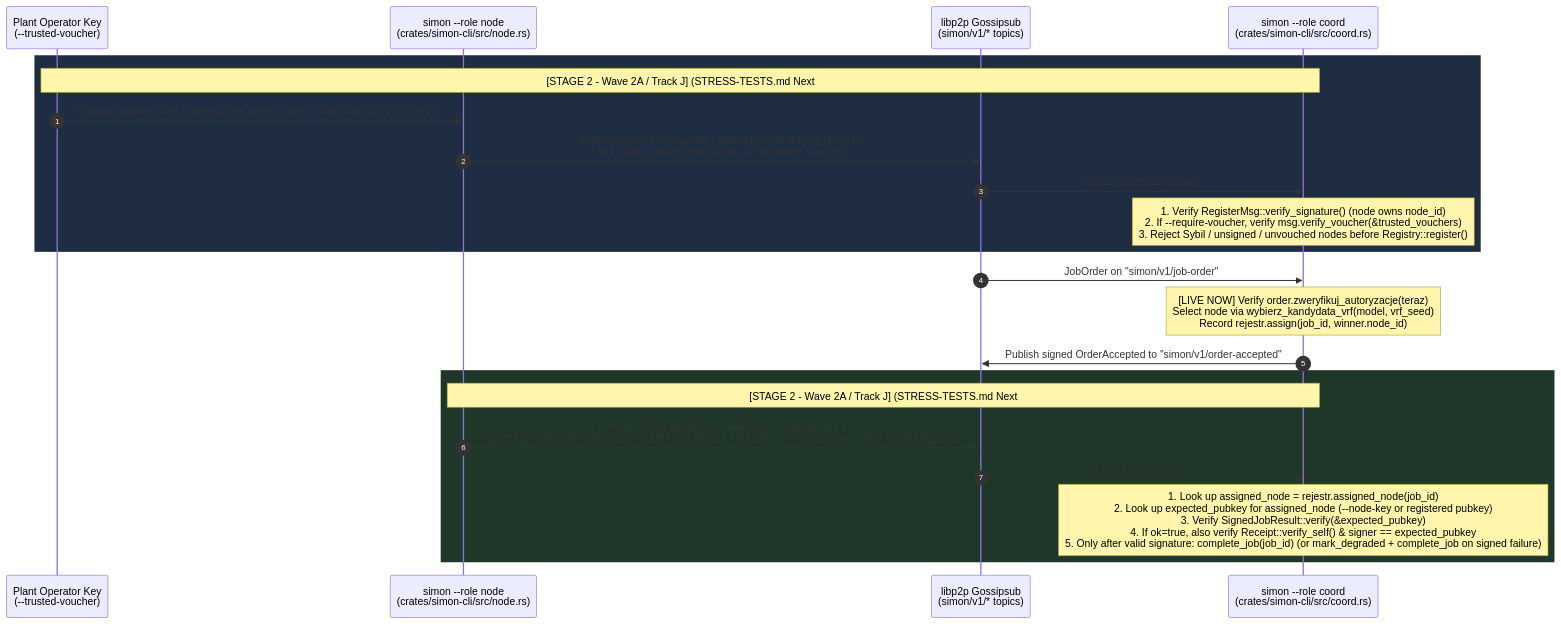
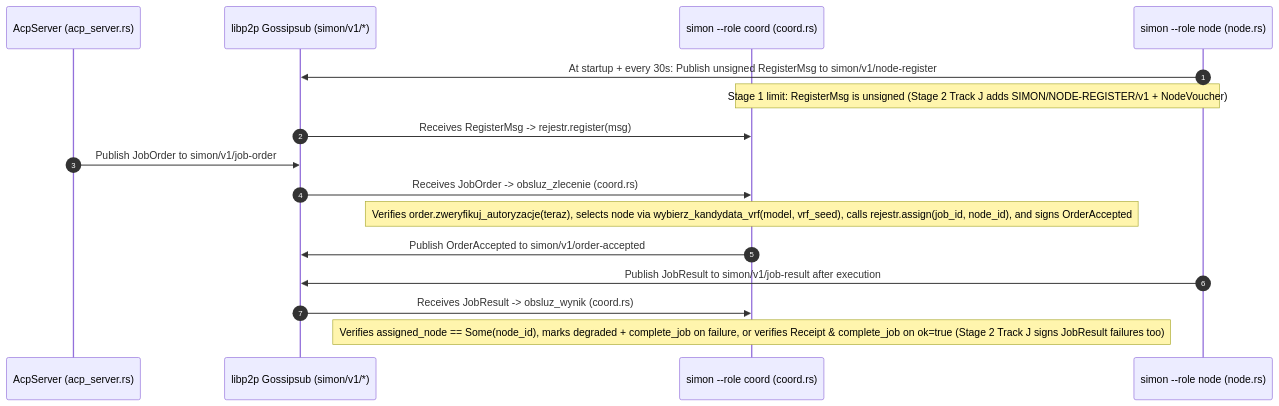
One commit to filipzarzynski/SIMPN_ARGON_HANDOWER changed the third of 5 diagrams in 01_ARCHITECTURE_AND_DATA_FLOWS.md. Above: the diagram before and after it, drawn with Mermaid. The commit also changed other lines of this file and 4 other files, not shown here.

Commit message:
docs(arch): restore concise Mermaid-heavy 01_ARCHITECTURE_AND_DATA_FLOWS.md (10/10 mermaid.parse verified) and split team sync wave brief into 08_TEAM_SYNC_ARCHITECTURE_AND_WAVE_BRIEF.md

````diff
--- a/01_ARCHITECTURE_AND_DATA_FLOWS.md
+++ b/01_ARCHITECTURE_AND_DATA_FLOWS.md
@@ -126,27 +87,19 @@
 ```mermaid
 sequenceDiagram
     autonumber
-    participant Op as Plant Operator Key<br/>(--trusted-voucher)
-    participant Node as simon --role node<br/>(crates/simon-cli/src/node.rs)
-    participant Gossip as libp2p Gossipsub<br/>(simon/v1/* topics)
-    participant Coord as simon --role coord<br/>(crates/simon-cli/src/coord.rs)
+    participant ACP as AcpServer (acp_server.rs)
+    participant Gossip as libp2p Gossipsub (simon/v1/*)
+    participant Coord as simon --role coord (coord.rs)
+    participant Node as simon --role node (node.rs)
 
-    rect rgb(30, 45, 65)
-        Note over Op,Coord: [STAGE 2 - Wave 2A / Track J] (STRESS-TESTS.md Next #3 — Signed Registration & Vouching)
-        Op->>Node: Optional offline/config NodeVoucher signed under "SIMON/NODE-VOUCH/v1"
-        Node->>Gossip: Publish signed RegisterMsg ("SIMON/NODE-REGISTER/v1")<br/>with node_pubkey, timestamp_us, signature, voucher
-        Gossip->>Coord: obsluz_rejestracje(dane)
-        Note over Coord: 1. Verify RegisterMsg::verify_signature() (node owns node_id)<br/>2. If --require-voucher, verify msg.verify_voucher(&trusted_vouchers)<br/>3. Reject Sybil / unsigned / unvouched nodes before Registry::register()
-    end
-
-    Gossip->>Coord: JobOrder on "simon/v1/job-order"
-    Note over Coord: [LIVE NOW] Verify order.zweryfikuj_autoryzacje(teraz)<br/>Select node via wybierz_kandydata_vrf(model, vrf_seed)<br/>Record rejestr.assign(job_id, winner.node_id)
-    Coord->>Gossip: Publish signed OrderAccepted to "simon/v1/order-accepted"
-
-    rect rgb(30, 55, 40)
-        Note over Node,Coord: [STAGE 2 - Wave 2A / Track J] (STRESS-TESTS.md Next #1 — SignedJobResult)
-        Node->>Gossip: Publish SignedJobResult ("SIMON/JOB-RESULT/v1")<br/>(Ed25519-signed by node key over {domena, job_id, node_id, ok, receipt_digest, blad, timestamp_us})
-        Gossip->>Coord: obsluz_wynik(dane)
-        Note over Coord: 1. Look up assigned_node = rejestr.assigned_node(job_id)<br/>2. Look up expected_pubkey for assigned_node (--node-key or registered pubkey)<br/>3. Verify SignedJobResult::verify(&expected_pubkey)<br/>4. If ok=true, also verify Receipt::verify_self() & signer == expected_pubkey<br/>5. Only after valid signature: complete_job(job_id) (or mark_degraded + complete_job on signed failure)
-    end
+    Node->>Gossip: At startup + every 30s: Publish unsigned RegisterMsg to simon/v1/node-register
+    Note over Node,Coord: Stage 1 limit: RegisterMsg is unsigned (Stage 2 Track J adds SIMON/NODE-REGISTER/v1 + NodeVoucher)
+    Gossip->>Coord: Receives RegisterMsg -> rejestr.register(msg)
+    ACP->>Gossip: Publish JobOrder to simon/v1/job-order
+    Gossip->>Coord: Receives JobOrder -> obsluz_zlecenie (coord.rs)
+    Note over Coord: Verifies order.zweryfikuj_autoryzacje(teraz), selects node via wybierz_kandydata_vrf(model, vrf_seed), calls rejestr.assign(job_id, node_id), and signs OrderAccepted
+    Coord->>Gossip: Publish OrderAccepted to simon/v1/order-accepted
+    Node->>Gossip: Publish JobResult to simon/v1/job-result after execution
+    Gossip->>Coord: Receives JobResult -> obsluz_wynik (coord.rs)
+    Note over Coord: Verifies assigned_node == Some(node_id), marks degraded + complete_job on failure, or verifies Receipt & complete_job on ok=true (Stage 2 Track J signs JobResult failures too)
 ```
````
